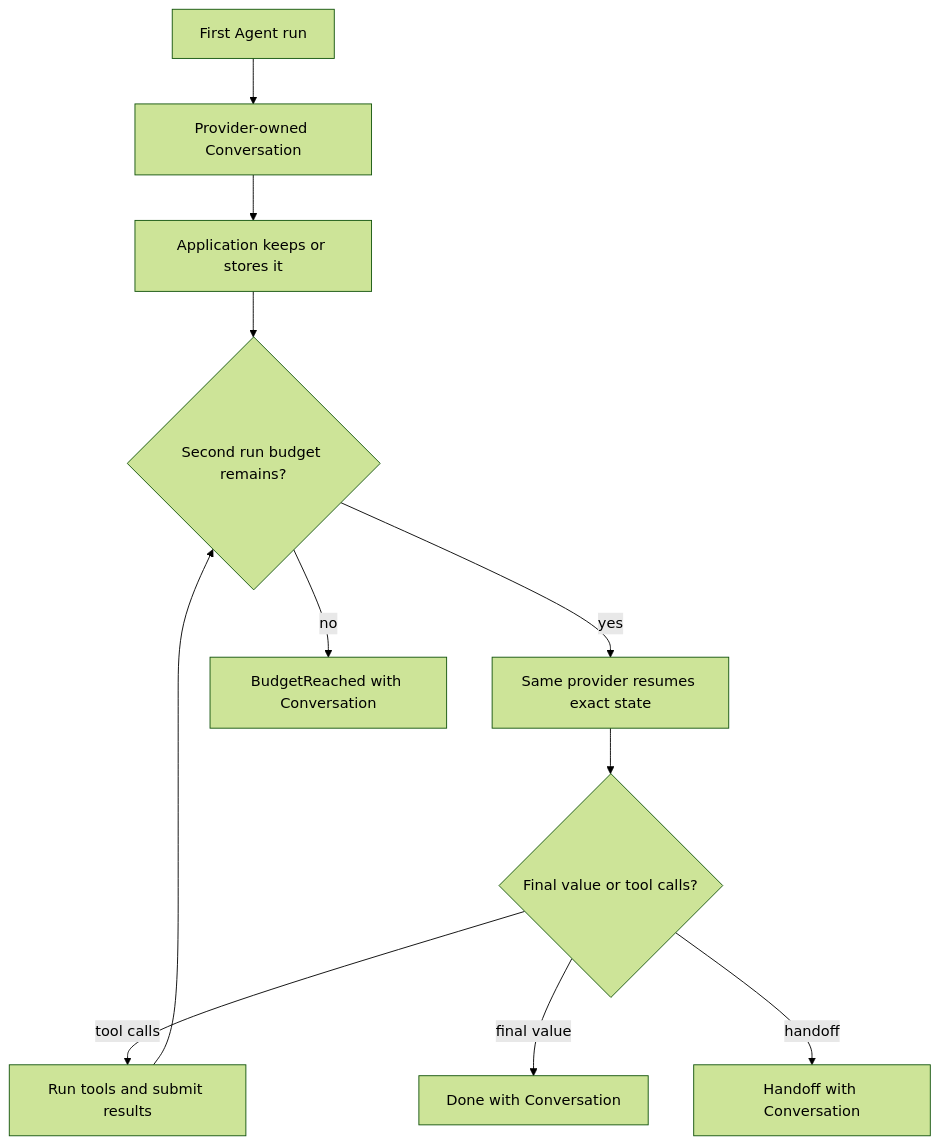
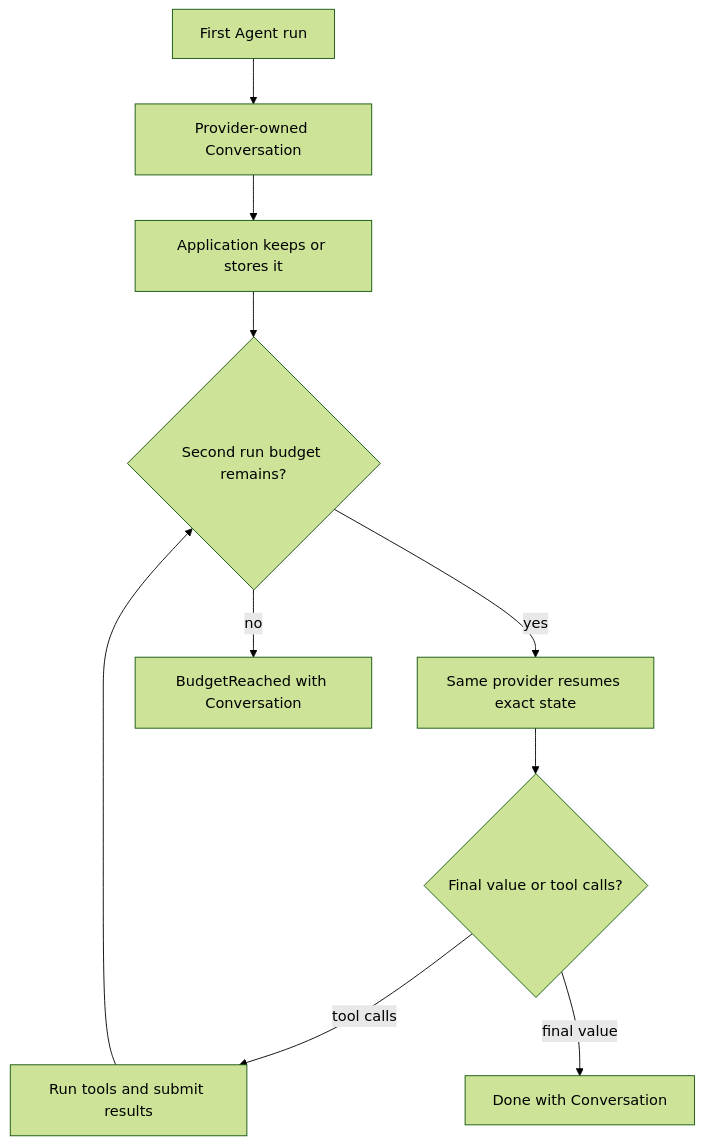
The diagram in baml_language/_plan/bepv4/pages/conversations-and-resuming.md (BoundaryML/baml), drawn with Mermaid (forest theme) before and after one commit. The commit also changed other lines of this file and 154 other files, not shown here.

````diff
--- a/baml_language/_plan/bepv4/pages/conversations-and-resuming.md
+++ b/baml_language/_plan/bepv4/pages/conversations-and-resuming.md
@@ -57,13 +59,12 @@
 ```mermaid
 flowchart TD
   first["First Agent run"] --> state["Provider-owned Conversation"]
   state --> app["Application keeps or stores it"]
   app --> budget{"Second run budget remains?"}
   budget -->|yes| step["Same provider resumes exact state"]
   step --> result{"Final value or tool calls?"}
   result -->|tool calls| tools["Run tools and submit results"]
   tools --> budget
   result -->|final value| done["Done<Resolution> with Conversation"]
-  result -->|handoff| handoff["Handoff with Conversation"]
   budget -->|no| stopped["BudgetReached with Conversation"]
 ```
````
